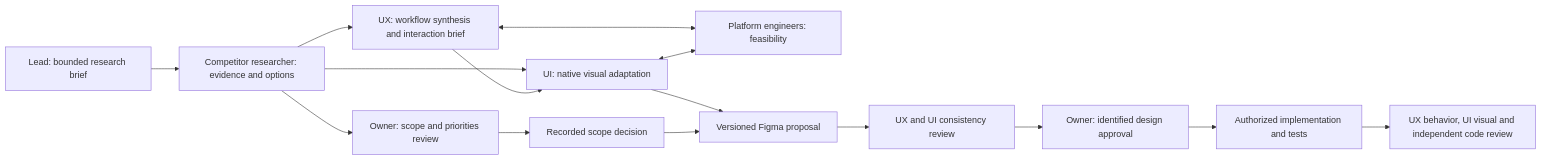
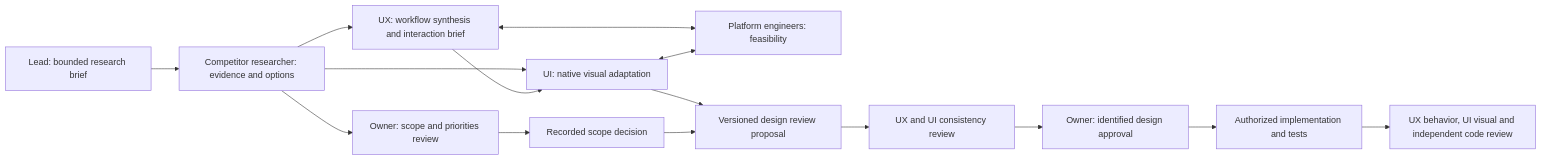
One commit to AlexandrLesiv/Linefield changed the diagram in docs/research/README.md. Above: the diagram before and after it, drawn with Mermaid. The commit also changed other lines of this file and 447 other files, not shown here.

```diff
--- a/docs/research/README.md
+++ b/docs/research/README.md
@@ -44,17 +57,17 @@
 ~~~mermaid
 flowchart LR
     Brief[Lead: bounded research brief] --> Research[Competitor researcher: evidence and options]
     Research --> Owner[Owner: scope and priorities review]
     Research --> UX[UX: workflow synthesis and interaction brief]
     Research --> UI[UI: native visual adaptation]
     UX --> UI
     UX <--> Platform[Platform engineers: feasibility]
     UI <--> Platform
     Owner --> Scope[Recorded scope decision]
-    UI --> Proposal[Versioned Figma proposal]
+    UI --> Proposal[Versioned design review proposal]
     Proposal --> Check[UX and UI consistency review]
     Scope --> Proposal
     Check --> Approval[Owner: identified design approval]
     Approval --> Build[Authorized implementation and tests]
     Build --> Review[UX behavior, UI visual and independent code review]
 ~~~
```
